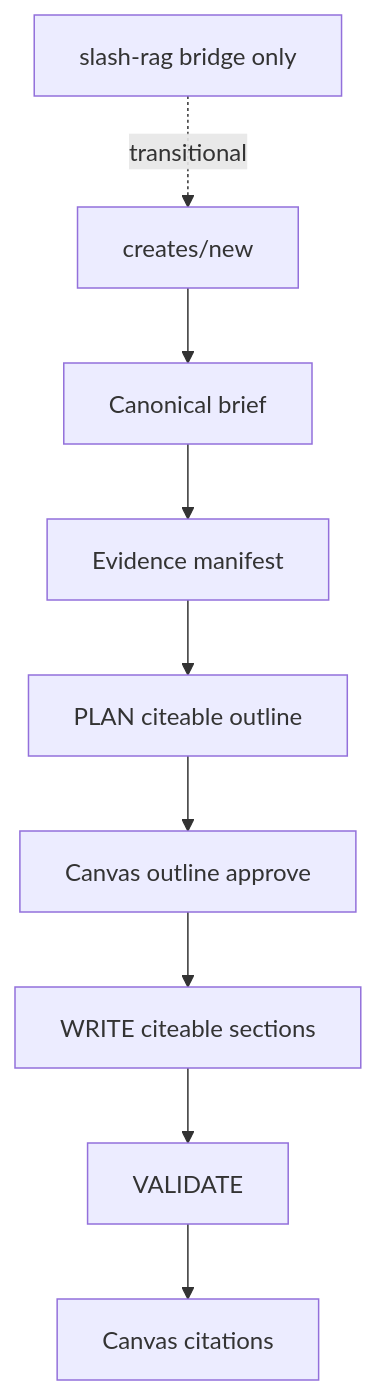
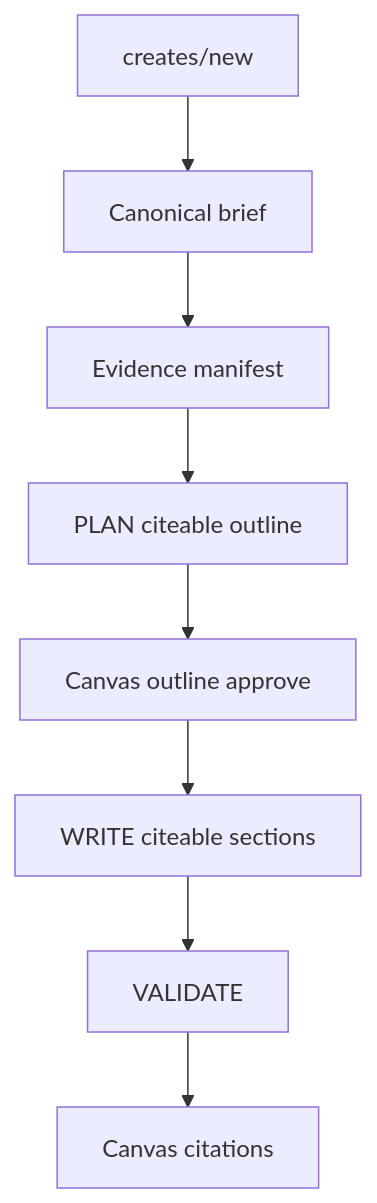
One commit to jmartinemployment/content-creator-v2 changed the diagram in plans/citeable-create-pipeline.md. Above: the diagram before and after it, drawn with Mermaid. The commit also changed other lines of this file and 36 other files, not shown here.

````diff
--- a/plans/citeable-create-pipeline.md
+++ b/plans/citeable-create-pipeline.md
@@ -33,15 +42,13 @@
 ```mermaid
 flowchart TD
   createNew["creates/new"]
   brief["Canonical brief"]
   manifest["Evidence manifest"]
   plan["PLAN citeable outline"]
   canvas1["Canvas outline approve"]
   write["WRITE citeable sections"]
   validate["VALIDATE"]
   canvas2["Canvas citations"]
-  bridgeRag["slash-rag bridge only"]
 
   createNew --> brief --> manifest --> plan --> canvas1 --> write --> validate --> canvas2
-  bridgeRag -.->|"transitional"| createNew
 ```
````
